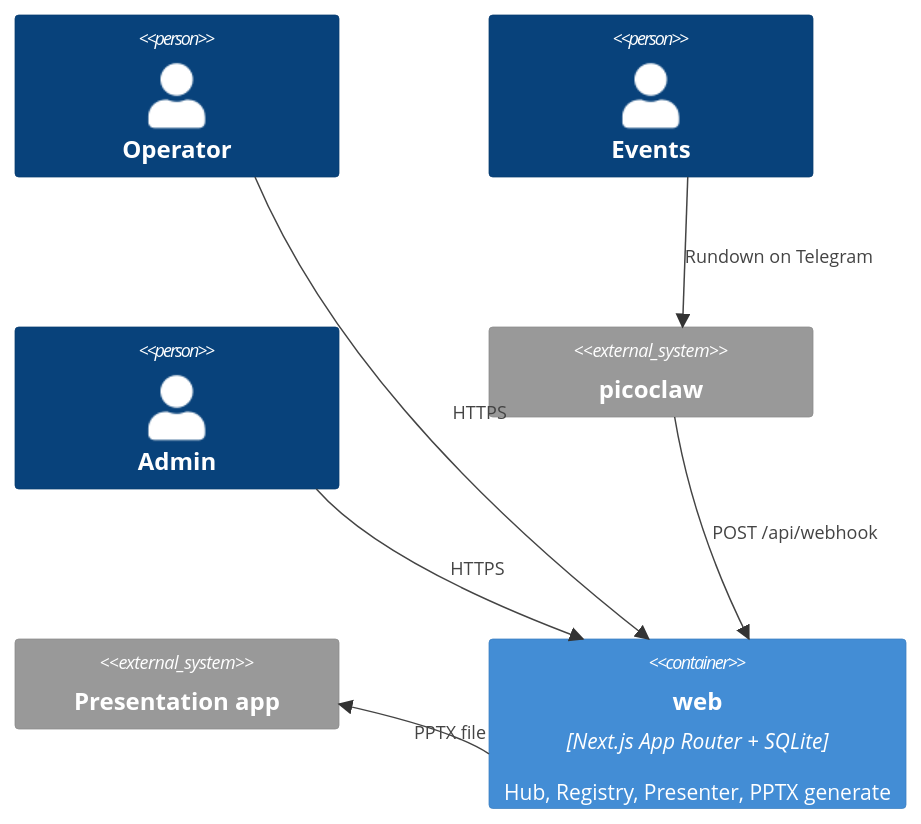
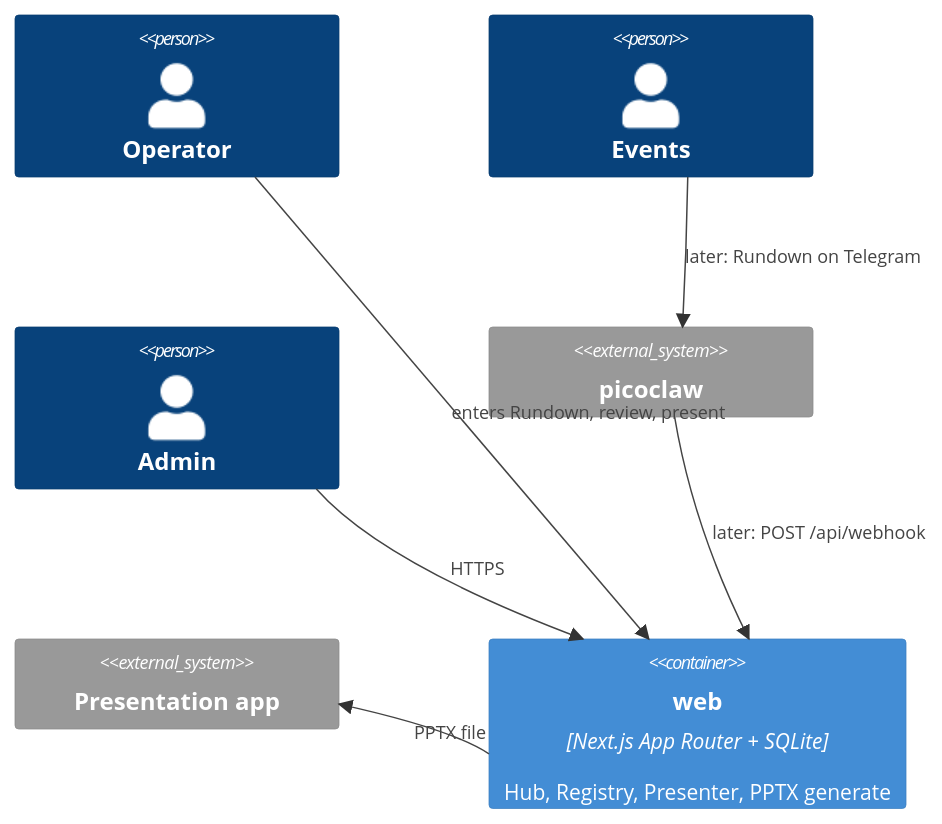
Before and after one commit to wiradigitalid/worship-presenter-web: the diagram in .how/_platform/c4-l2-containers.md, drawn with Mermaid. The commit also changed other lines of this file and 211 other files, not shown here.

````diff
--- a/.how/_platform/c4-l2-containers.md
+++ b/.how/_platform/c4-l2-containers.md
@@ -15,14 +15,14 @@
 ```mermaid
 C4Container
     Person(operator, "Operator")
     Person(events, "Events")
     Person(admin, "Admin")
     System_Ext(picoclaw, "picoclaw")
     System_Ext(ppt, "Presentation app")
     Container(web, "web", "Next.js App Router + SQLite", "Hub, Registry, Presenter, PPTX generate")
-    Rel(events, picoclaw, "Rundown on Telegram")
-    Rel(picoclaw, web, "POST /api/webhook")
-    Rel(operator, web, "HTTPS")
+    Rel(operator, web, "enters Rundown, review, present")
     Rel(admin, web, "HTTPS")
+    Rel(events, picoclaw, "later: Rundown on Telegram")
+    Rel(picoclaw, web, "later: POST /api/webhook")
     Rel(web, ppt, "PPTX file")
 ```
````
